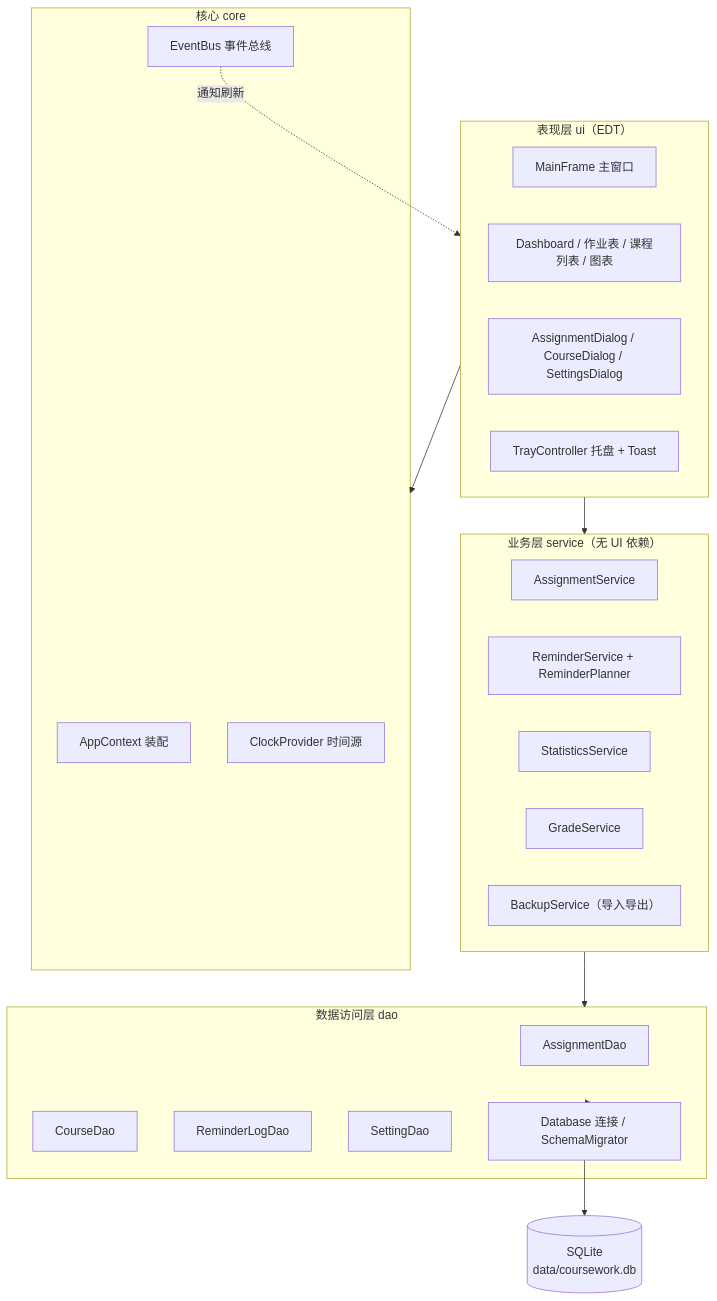
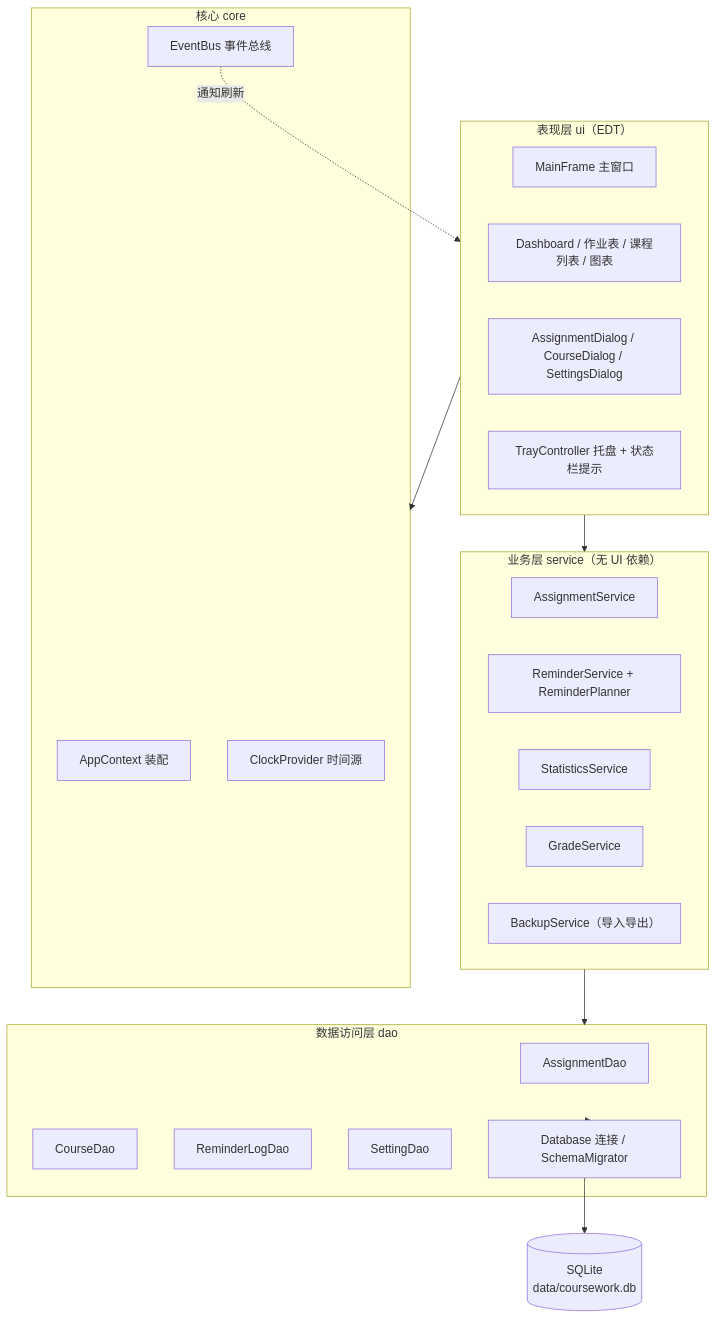
One commit to suxiangyu138/coursework-tracker changed the first of 3 diagrams in docs/02-技术方案.md. Above: the diagram before and after it, drawn with Mermaid. The commit also changed other lines of this file and 9 other files, not shown here.

````diff
--- a/docs/02-技术方案.md
+++ b/docs/02-技术方案.md
@@ -68,39 +68,39 @@
 ```mermaid
 flowchart TD
     subgraph UI["表现层 ui（EDT）"]
         MainFrame["MainFrame 主窗口"]
         Panels["Dashboard / 作业表 / 课程列表 / 图表"]
         Dialogs["AssignmentDialog / CourseDialog / SettingsDialog"]
-        Tray["TrayController 托盘 + Toast"]
+        Tray["TrayController 托盘 + 状态栏提示"]
     end
 
     subgraph CORE["核心 core"]
         Ctx["AppContext 装配"]
         Bus["EventBus 事件总线"]
         Clock["ClockProvider 时间源"]
     end
 
     subgraph SERVICE["业务层 service（无 UI 依赖）"]
         AsgSvc["AssignmentService"]
         RemSvc["ReminderService + ReminderPlanner"]
         StatSvc["StatisticsService"]
         GradeSvc["GradeService"]
         CsvSvc["BackupService（导入导出）"]
     end
 
     subgraph DAO["数据访问层 dao"]
         AsgDao["AssignmentDao"]
         CourseDao["CourseDao"]
         LogDao["ReminderLogDao"]
         SetDao["SettingDao"]
         Db["Database 连接 / SchemaMigrator"]
     end
 
     DB[("SQLite<br/>data/coursework.db")]
 
     UI --> CORE
     UI --> SERVICE
     SERVICE --> DAO
     DAO --> Db --> DB
     Bus -. 通知刷新 .-> UI
 ```
````
